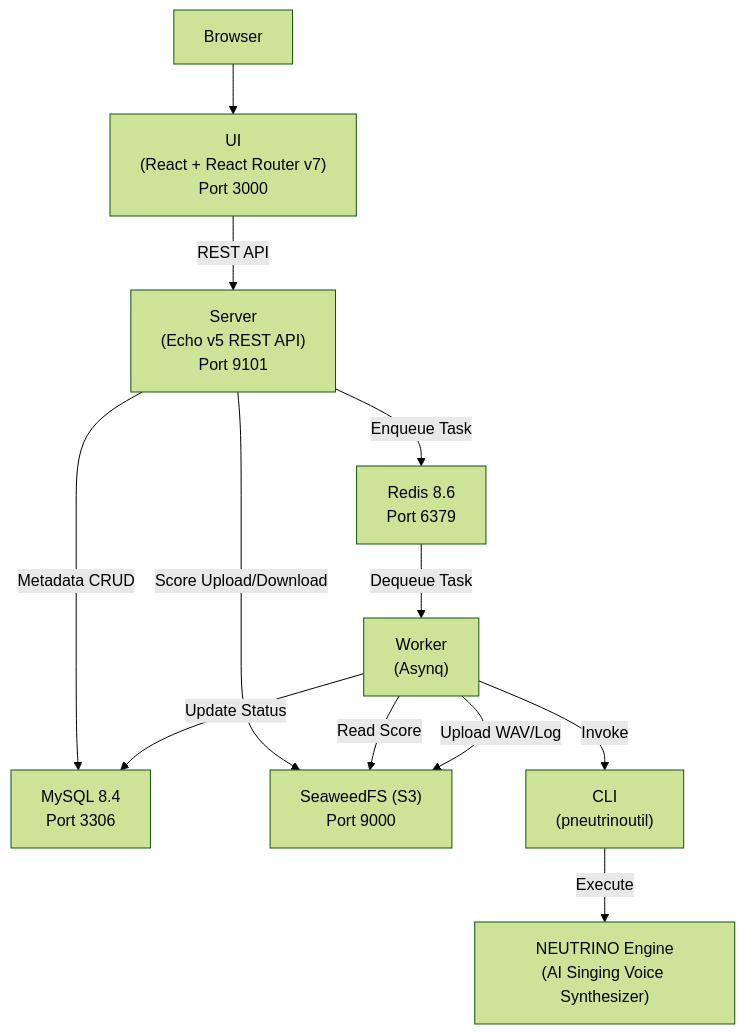
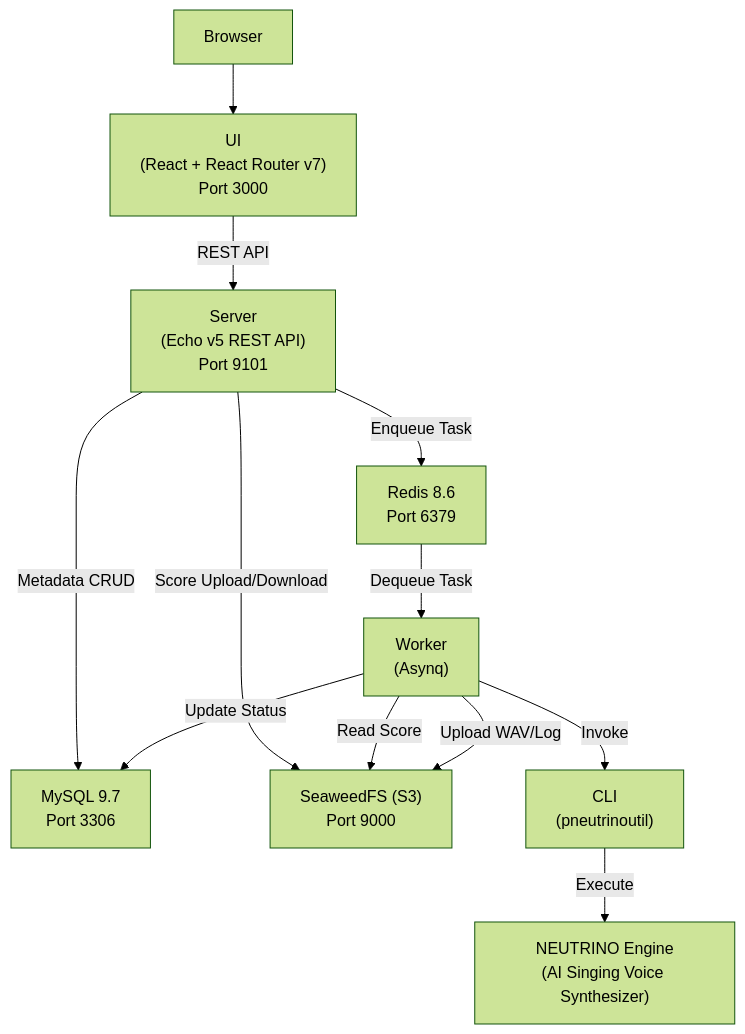
One commit to berquerant/pneutrinoutil changed the first of 4 diagrams in AGENTS.md. Above: the diagram before and after it, drawn with Mermaid (forest theme). The commit also changed 3 other files, not shown here.

````diff
--- a/AGENTS.md
+++ b/AGENTS.md
@@ -32,24 +32,24 @@
 ```mermaid
 flowchart TD
     Browser["Browser"]
     UI["UI<br/>(React + React Router v7)<br/>Port 3000"]
     Server["Server<br/>(Echo v5 REST API)<br/>Port 9101"]
-    MySQL["MySQL 8.4<br/>Port 3306"]
+    MySQL["MySQL 9.7<br/>Port 3306"]
     S3["SeaweedFS (S3)<br/>Port 9000"]
     Redis["Redis 8.6<br/>Port 6379"]
     Worker["Worker<br/>(Asynq)"]
     NEUTRINO["NEUTRINO Engine<br/>(AI Singing Voice Synthesizer)"]
     CLI["CLI<br/>(pneutrinoutil)"]
 
     Browser --> UI
     UI -->|REST API| Server
     Server -->|Metadata CRUD| MySQL
     Server -->|Score Upload/Download| S3
     Server -->|Enqueue Task| Redis
     Redis -->|Dequeue Task| Worker
     Worker -->|Read Score| S3
     Worker -->|Invoke| CLI
     CLI -->|Execute| NEUTRINO
     Worker -->|Upload WAV/Log| S3
     Worker -->|Update Status| MySQL
 ```
````
